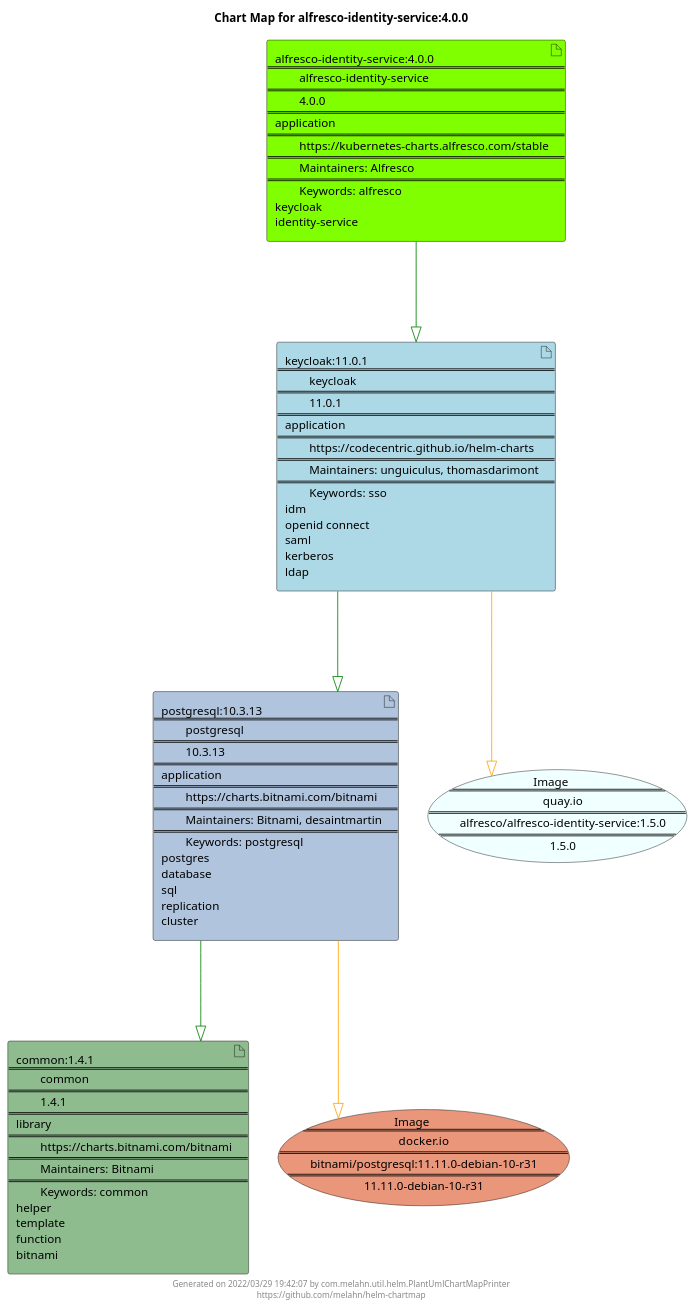
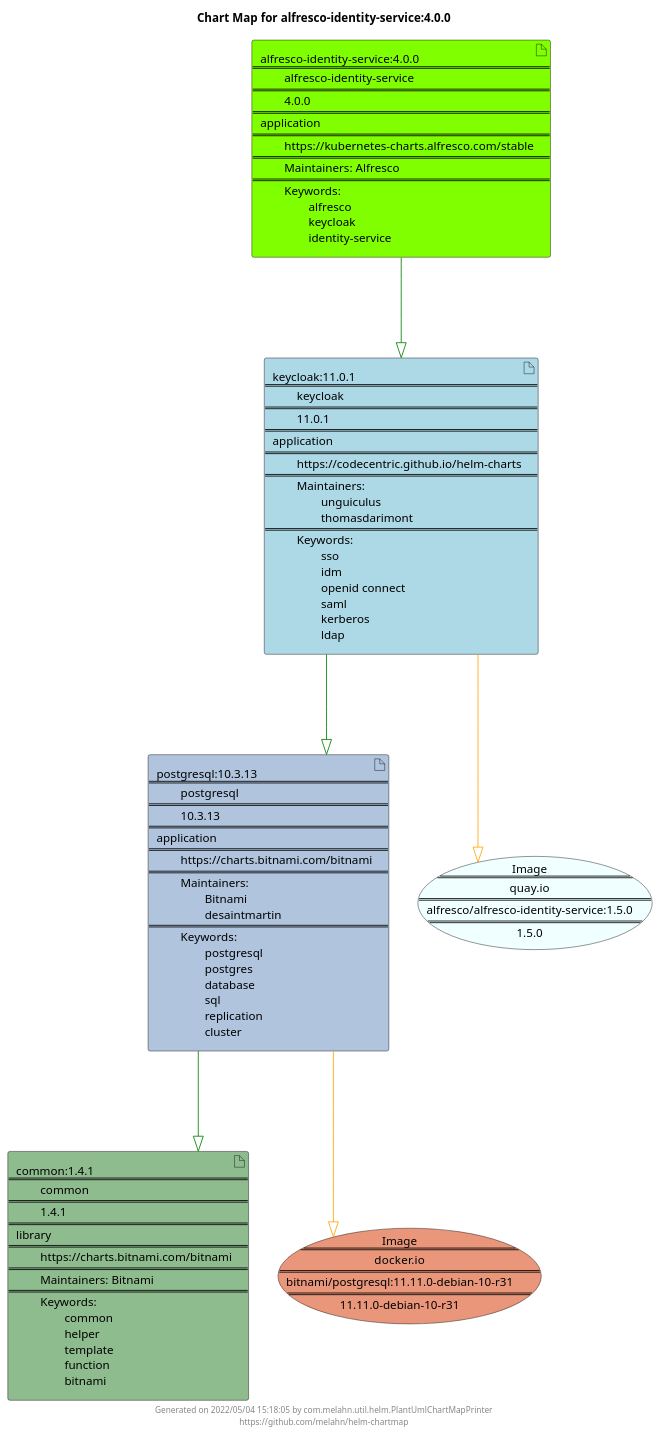
The diagram in docs/alfresco-identity-service/alfresco-identity-service-4.0.0.puml (melahn/helm-chartmap), drawn with PlantUML before and after one commit. The commit also changed 55 other files, not shown here.

Commit message:
Update Example Chart Maps as part of GitHub build

```diff
--- a/docs/alfresco-identity-service/alfresco-identity-service-4.0.0.puml
+++ b/docs/alfresco-identity-service/alfresco-identity-service-4.0.0.puml
@@ -1,29 +1,29 @@
 @startuml
 skinparam linetype ortho
 skinparam backgroundColor white
 skinparam usecaseBorderColor black
 skinparam usecaseArrowColor LightSlateGray
 skinparam artifactBorderColor black
 skinparam artifactArrowColor LightSlateGray
 
 title Chart Map for alfresco-identity-service:4.0.0
 
 'There are 4 referenced Helm Charts
-artifact "common:1.4.1\n====\n\tcommon\n====\n\t1.4.1\n====\nlibrary\n====\n\thttps://charts.bitnami.com/bitnami\n====\n\tMaintainers: Bitnami\n====\n\tKeywords: common\nhelper\ntemplate\nfunction\nbitnami" as common_1_4_1 #DarkSeaGreen
-artifact "alfresco-identity-service:4.0.0\n====\n\talfresco-identity-service\n====\n\t4.0.0\n====\napplication\n====\n\thttps://kubernetes-charts.alfresco.com/stable\n====\n\tMaintainers: Alfresco\n====\n\tKeywords: alfresco\nkeycloak\nidentity-service" as alfresco_identity_service_4_0_0 #Chartreuse
-artifact "postgresql:10.3.13\n====\n\tpostgresql\n====\n\t10.3.13\n====\napplication\n====\n\thttps://charts.bitnami.com/bitnami\n====\n\tMaintainers: Bitnami, desaintmartin\n====\n\tKeywords: postgresql\npostgres\ndatabase\nsql\nreplication\ncluster" as postgresql_10_3_13 #LightSteelBlue
-artifact "keycloak:11.0.1\n====\n\tkeycloak\n====\n\t11.0.1\n====\napplication\n====\n\thttps://codecentric.github.io/helm-charts\n====\n\tMaintainers: unguiculus, thomasdarimont\n====\n\tKeywords: sso\nidm\nopenid connect\nsaml\nkerberos\nldap" as keycloak_11_0_1 #LightBlue
+artifact "common:1.4.1\n====\n\tcommon\n====\n\t1.4.1\n====\nlibrary\n====\n\thttps://charts.bitnami.com/bitnami\n====\n\tMaintainers: Bitnami\n====\n\tKeywords: \n\t\tcommon\n\t\thelper\n\t\ttemplate\n\t\tfunction\n\t\tbitnami" as common_1_4_1 #DarkSeaGreen
+artifact "alfresco-identity-service:4.0.0\n====\n\talfresco-identity-service\n====\n\t4.0.0\n====\napplication\n====\n\thttps://kubernetes-charts.alfresco.com/stable\n====\n\tMaintainers: Alfresco\n====\n\tKeywords: \n\t\talfresco\n\t\tkeycloak\n\t\tidentity-service" as alfresco_identity_service_4_0_0 #Chartreuse
+artifact "postgresql:10.3.13\n====\n\tpostgresql\n====\n\t10.3.13\n====\napplication\n====\n\thttps://charts.bitnami.com/bitnami\n====\n\tMaintainers: \n\t\tBitnami\n\t\tdesaintmartin\n====\n\tKeywords: \n\t\tpostgresql\n\t\tpostgres\n\t\tdatabase\n\t\tsql\n\t\treplication\n\t\tcluster" as postgresql_10_3_13 #LightSteelBlue
+artifact "keycloak:11.0.1\n====\n\tkeycloak\n====\n\t11.0.1\n====\napplication\n====\n\thttps://codecentric.github.io/helm-charts\n====\n\tMaintainers: \n\t\tunguiculus\n\t\tthomasdarimont\n====\n\tKeywords: \n\t\tsso\n\t\tidm\n\t\topenid connect\n\t\tsaml\n\t\tkerberos\n\t\tldap" as keycloak_11_0_1 #LightBlue
 
 'There are 2 referenced Docker Images
-usecase "Image\n====\n\tquay.io\n====\n\talfresco/alfresco-identity-service:1.5.0\n====\n\t1.5.0" as quay_io_alfresco_alfresco_identity_service_1_5_0 #Azure
-usecase "Image\n====\n\tdocker.io\n====\n\tbitnami/postgresql:11.11.0-debian-10-r31\n====\n\t11.11.0-debian-10-r31" as docker_io_bitnami_postgresql_11_11_0_debian_10_r31 #DarkSalmon
+usecase "Image\n====\nquay.io\n====\nalfresco/alfresco-identity-service:1.5.0\n====\n1.5.0" as quay_io_alfresco_alfresco_identity_service_1_5_0 #Azure
+usecase "Image\n====\ndocker.io\n====\nbitnami/postgresql:11.11.0-debian-10-r31\n====\n11.11.0-debian-10-r31" as docker_io_bitnami_postgresql_11_11_0_debian_10_r31 #DarkSalmon
 
 'Chart Dependencies
 alfresco_identity_service_4_0_0--[#green]-|>keycloak_11_0_1
 keycloak_11_0_1--[#green]-|>postgresql_10_3_13
 postgresql_10_3_13--[#green]-|>common_1_4_1
 postgresql_10_3_13--[#orange]-|>docker_io_bitnami_postgresql_11_11_0_debian_10_r31
 keycloak_11_0_1--[#orange]-|>quay_io_alfresco_alfresco_identity_service_1_5_0
 
-center footer Generated on 2022/03/29 19:42:07 by com.melahn.util.helm.PlantUmlChartMapPrinter\nhttps://github.com/melahn/helm-chartmap
+center footer Generated on 2022/05/04 15:18:05 by com.melahn.util.helm.PlantUmlChartMapPrinter\nhttps://github.com/melahn/helm-chartmap
 @enduml
```
